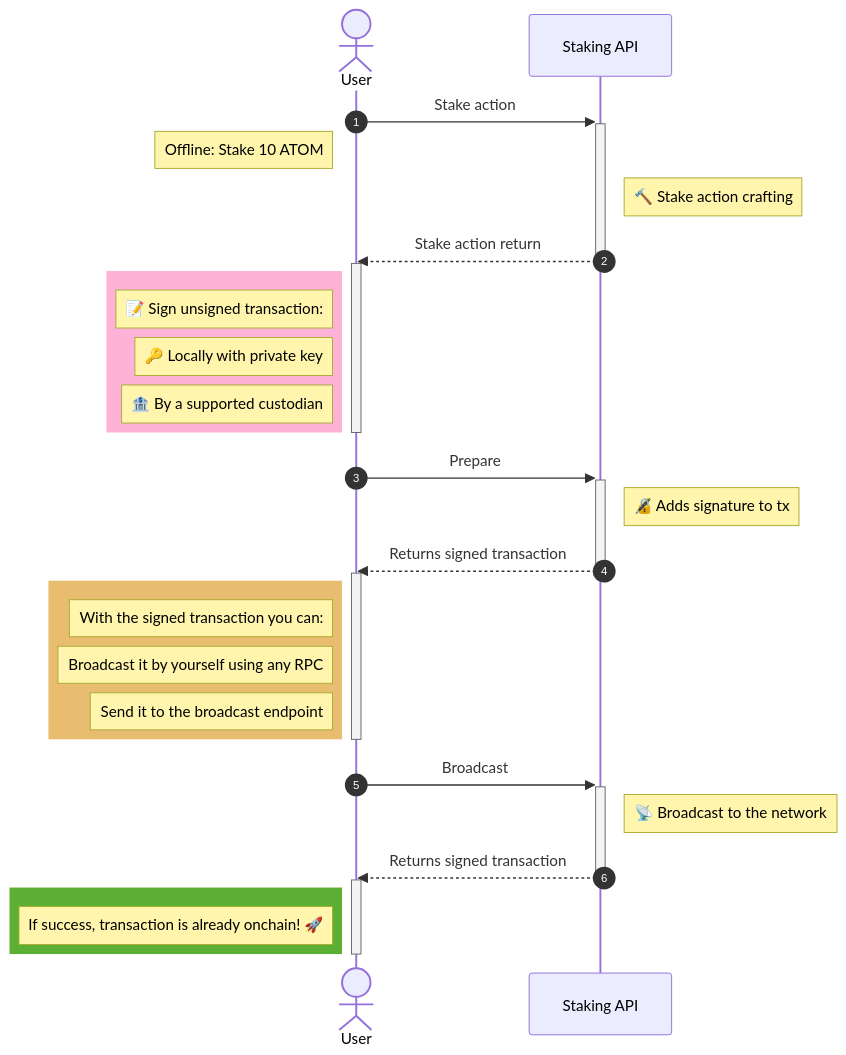
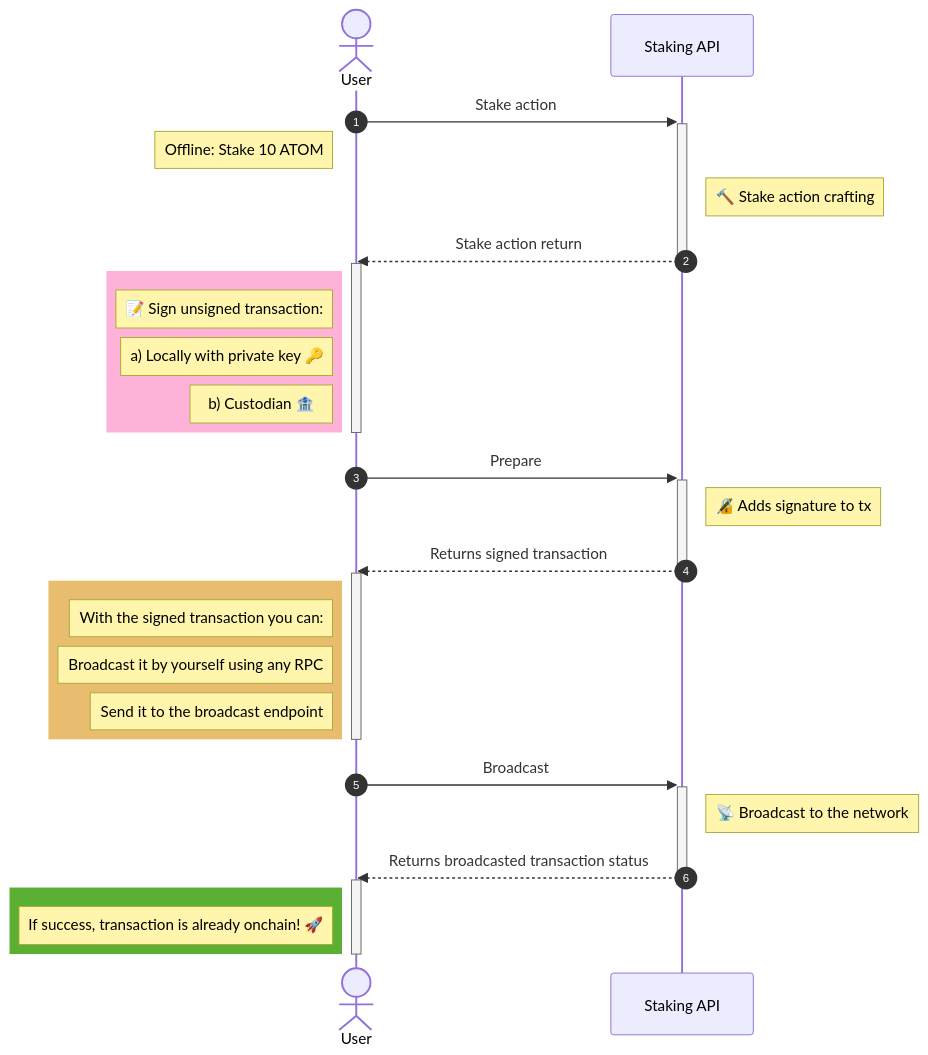
One commit to Stakely/stakely-docs changed the diagram in docs/staking-api/cosmos/staking-api-flow/staking-api-diagram.md. Above: the diagram before and after it, drawn with Mermaid. The commit also changed 1 other file, not shown here.

Commit message:
feat: extra desc

````diff
--- a/docs/staking-api/cosmos/staking-api-flow/staking-api-diagram.md
+++ b/docs/staking-api/cosmos/staking-api-flow/staking-api-diagram.md
@@ -6,36 +6,36 @@
 ```mermaid
 sequenceDiagram
 autonumber
 actor User
 participant Staking API
 User->>+Staking API: Stake action
 Note left of User: Offline: Stake 10 ATOM
 Note right of Staking API: 🔨 Stake action crafting
 Staking API-->>-User: Stake action return
 activate User
 rect rgb(255,178,216)
 Note left of User: 📝 Sign unsigned transaction:
-Note left of User:  🔑 Locally with private key
-Note left of User:  🏦 By a supported custodian
+Note left of User:  a) Locally with private key 🔑
+Note left of User:  b) Custodian 🏦
 end
 deactivate User
 
 User->>+Staking API: Prepare
 Note right of Staking API: 🔏  Adds signature to tx
 Staking API-->>-User: Returns signed transaction
 activate User
 rect rgba(228, 173, 77, 0.8)
 Note left of User: With the signed transaction you can:
 Note left of User: Broadcast it by yourself using any RPC
 Note left of User: Send it to the broadcast endpoint
 end
 deactivate User
 User->>+Staking API: Broadcast
 Note right of Staking API: 📡  Broadcast to the network
-Staking API-->>-User: Returns signed transaction
+Staking API-->>-User: Returns broadcasted transaction status
 activate User
 rect rgba(50, 156, 0, 0.8)
 Note left of User:  If success, transaction is already onchain! 🚀
 end
 deactivate User
 ```
````
